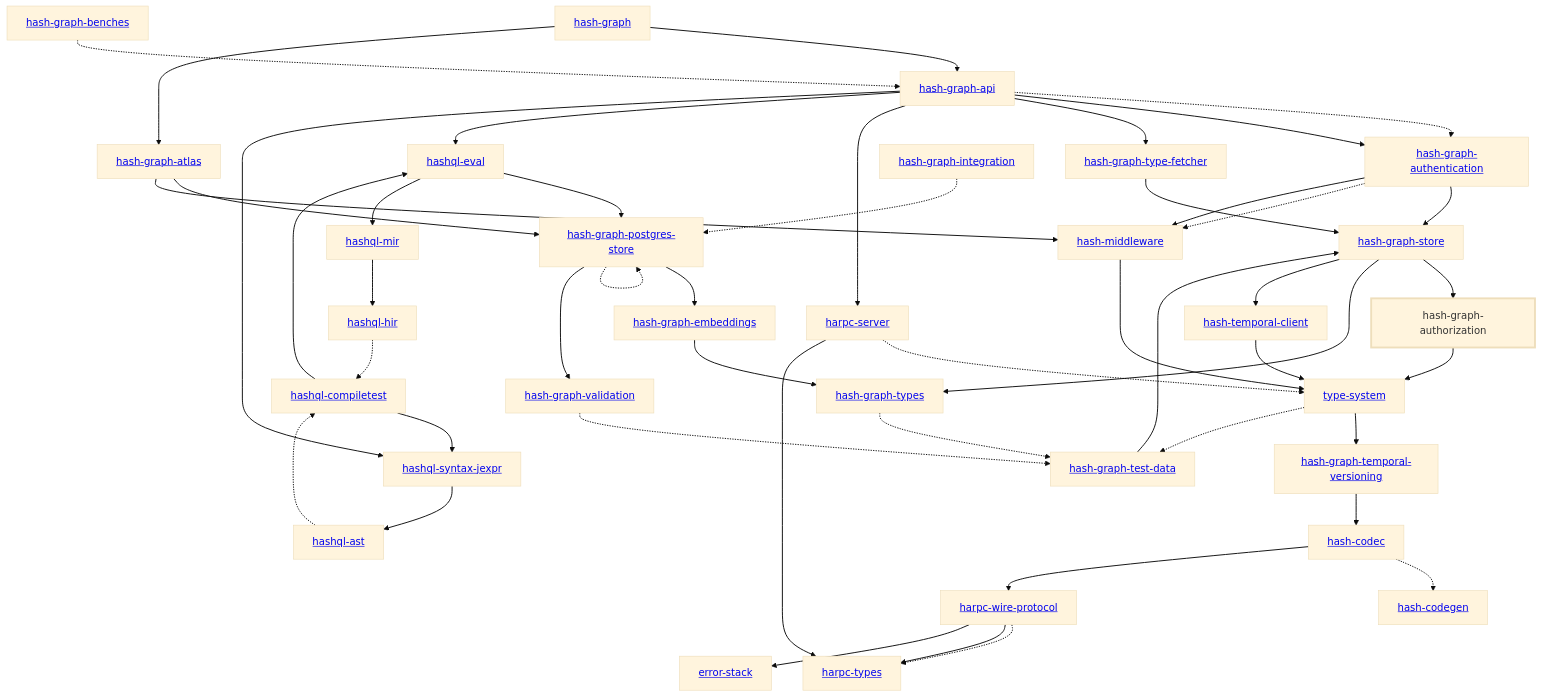
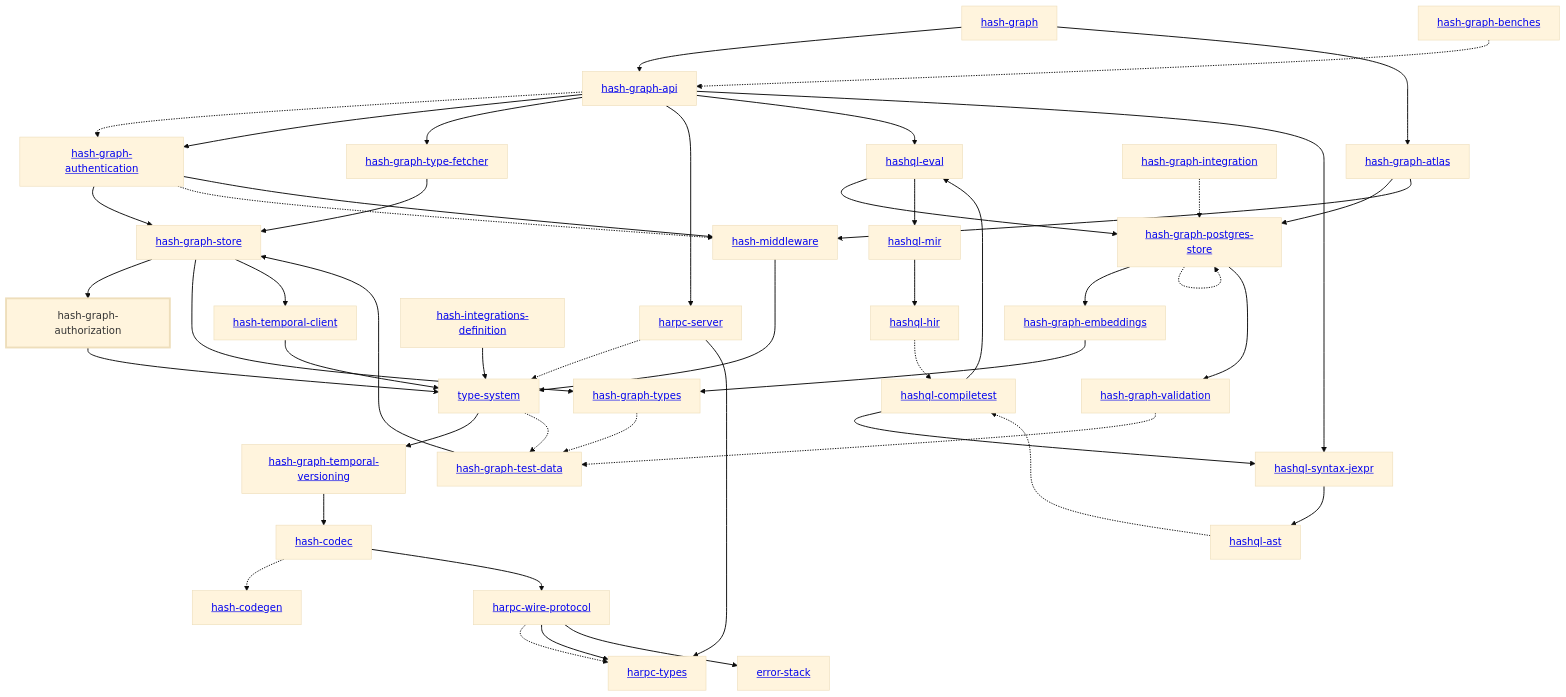
The diagram in libs/@local/graph/authorization/rust/docs/dependency-diagram.mmd (hashintel/hash), drawn with Mermaid (base theme) before and after one commit. The commit also changed 21 other files, not shown here.

```diff
--- a/libs/@local/graph/authorization/rust/docs/dependency-diagram.mmd
+++ b/libs/@local/graph/authorization/rust/docs/dependency-diagram.mmd
@@ -1,88 +1,90 @@
 graph TD
     linkStyle default stroke-width:1.5px
     classDef default stroke-width:1px
     classDef root stroke-width:3px
     classDef dev stroke-width:1px
     classDef build stroke-width:1px
     %% Legend
     %% --> : Normal dependency
     %% -.-> : Dev dependency
     %% ---> : Build dependency
     0[<a href="../hash_graph/index.html">hash-graph</a>]
     1[<a href="../type_system/index.html">type-system</a>]
     2[<a href="../hash_codec/index.html">hash-codec</a>]
     3[<a href="../hash_codegen/index.html">hash-codegen</a>]
     4[<a href="../hash_graph_api/index.html">hash-graph-api</a>]
     5[<a href="../hash_graph_atlas/index.html">hash-graph-atlas</a>]
     6[<a href="../hash_graph_authentication/index.html">hash-graph-authentication</a>]
     7[hash-graph-authorization]
     class 7 root
     8[<a href="../hash_graph_embeddings/index.html">hash-graph-embeddings</a>]
     9[<a href="../hash_graph_postgres_store/index.html">hash-graph-postgres-store</a>]
     10[<a href="../hash_graph_store/index.html">hash-graph-store</a>]
     11[<a href="../hash_graph_temporal_versioning/index.html">hash-graph-temporal-versioning</a>]
     12[<a href="../hash_graph_type_fetcher/index.html">hash-graph-type-fetcher</a>]
     13[<a href="../hash_graph_types/index.html">hash-graph-types</a>]
     14[<a href="../hash_graph_validation/index.html">hash-graph-validation</a>]
     15[<a href="../harpc_server/index.html">harpc-server</a>]
     16[<a href="../harpc_types/index.html">harpc-types</a>]
     17[<a href="../harpc_wire_protocol/index.html">harpc-wire-protocol</a>]
     18[<a href="../hashql_ast/index.html">hashql-ast</a>]
     19[<a href="../hashql_compiletest/index.html">hashql-compiletest</a>]
     20[<a href="../hashql_eval/index.html">hashql-eval</a>]
     21[<a href="../hashql_hir/index.html">hashql-hir</a>]
     22[<a href="../hashql_mir/index.html">hashql-mir</a>]
     23[<a href="../hashql_syntax_jexpr/index.html">hashql-syntax-jexpr</a>]
-    24[<a href="../hash_middleware/index.html">hash-middleware</a>]
-    25[<a href="../hash_temporal_client/index.html">hash-temporal-client</a>]
-    26[<a href="../error_stack/index.html">error-stack</a>]
-    27[<a href="../hash_graph_benches/index.html">hash-graph-benches</a>]
-    28[<a href="../hash_graph_integration/index.html">hash-graph-integration</a>]
-    29[<a href="../hash_graph_test_data/index.html">hash-graph-test-data</a>]
+    24[<a href="../hash_integrations_definition/index.html">hash-integrations-definition</a>]
+    25[<a href="../hash_middleware/index.html">hash-middleware</a>]
+    26[<a href="../hash_temporal_client/index.html">hash-temporal-client</a>]
+    27[<a href="../error_stack/index.html">error-stack</a>]
+    28[<a href="../hash_graph_benches/index.html">hash-graph-benches</a>]
+    29[<a href="../hash_graph_integration/index.html">hash-graph-integration</a>]
+    30[<a href="../hash_graph_test_data/index.html">hash-graph-test-data</a>]
     0 --> 4
     0 --> 5
     1 --> 11
-    1 -.-> 29
+    1 -.-> 30
     2 -.-> 3
     2 --> 17
     4 -.-> 6
     4 --> 6
     4 --> 12
     4 --> 15
     4 --> 20
     4 --> 23
     5 --> 9
-    5 --> 24
+    5 --> 25
     6 --> 10
-    6 -.-> 24
-    6 --> 24
+    6 -.-> 25
+    6 --> 25
     7 --> 1
     8 --> 13
     9 --> 8
     9 -.-> 9
     9 --> 14
     10 --> 7
     10 --> 13
-    10 --> 25
+    10 --> 26
     11 --> 2
     12 --> 10
-    13 -.-> 29
-    14 -.-> 29
+    13 -.-> 30
+    14 -.-> 30
     15 -.-> 1
     15 --> 16
     17 -.-> 16
     17 --> 16
-    17 --> 26
+    17 --> 27
     18 -.-> 19
     19 --> 20
     19 --> 23
     20 --> 9
     20 --> 22
     21 -.-> 19
     22 --> 21
     23 --> 18
     24 --> 1
     25 --> 1
-    27 -.-> 4
-    28 -.-> 9
-    29 --> 10
+    26 --> 1
+    28 -.-> 4
+    29 -.-> 9
+    30 --> 10
```
